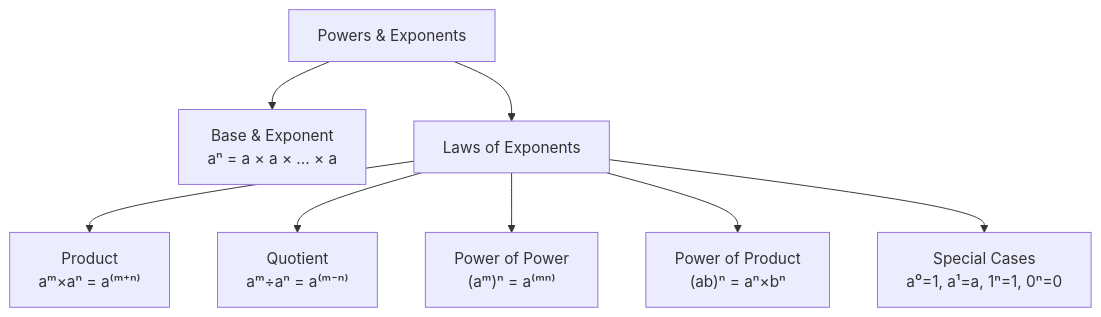
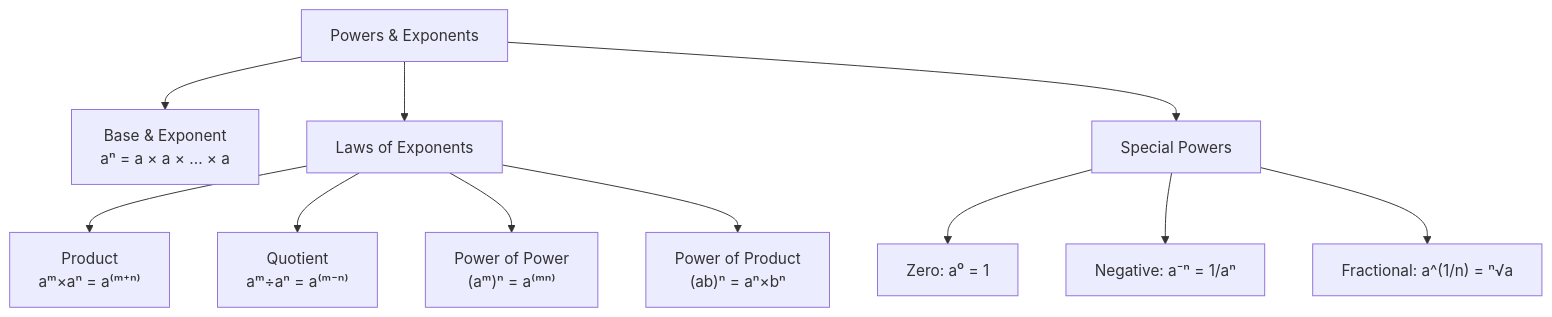
Before and after one commit to mehrunnisaofficial/mathematics-for-ai: diagram 11 of 11 in 01-Arithmetic/02-Number Forms/03-Exponents and Power.md, drawn with Mermaid. The commit also changed other lines of this file, not shown here.

````diff
--- a/01-Arithmetic/02-Number Forms/03-Exponents and Power.md
+++ b/01-Arithmetic/02-Number Forms/03-Exponents and Power.md
@@ -469,12 +627,15 @@
 ```mermaid
 flowchart TD
     Root["Powers & Exponents"] --> Basics["Base & Exponent<br/>aⁿ = a × a × ... × a"]
     Root --> Laws["Laws of Exponents"]
+    Root --> SP["Special Powers"]
 
     Laws --> P["Product<br/>aᵐ×aⁿ = a⁽ᵐ⁺ⁿ⁾"]
     Laws --> Qt["Quotient<br/>aᵐ÷aⁿ = a⁽ᵐ⁻ⁿ⁾"]
     Laws --> Pw["Power of Power<br/>(aᵐ)ⁿ = a⁽ᵐⁿ⁾"]
     Laws --> Pd["Power of Product<br/>(ab)ⁿ = aⁿ×bⁿ"]
 
-    Laws --> Special["Special Cases<br/>a⁰=1, a¹=a, 1ⁿ=1, 0ⁿ=0"]
+    SP --> Z["Zero: a⁰ = 1"]
+    SP --> N["Negative: a⁻ⁿ = 1/aⁿ"]
+    SP --> F["Fractional: a^(1/n) = ⁿ√a"]
 ```
````
